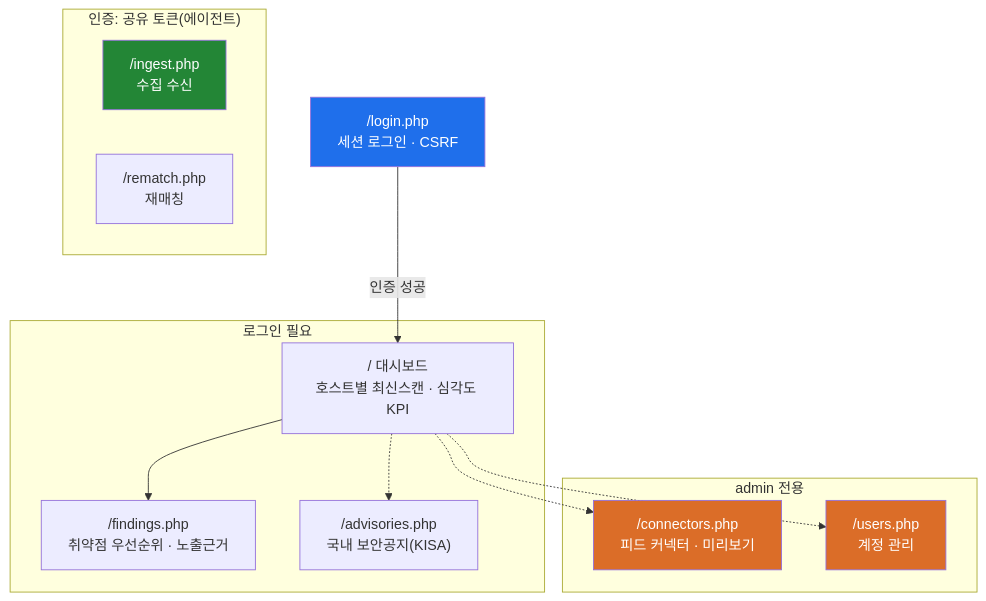
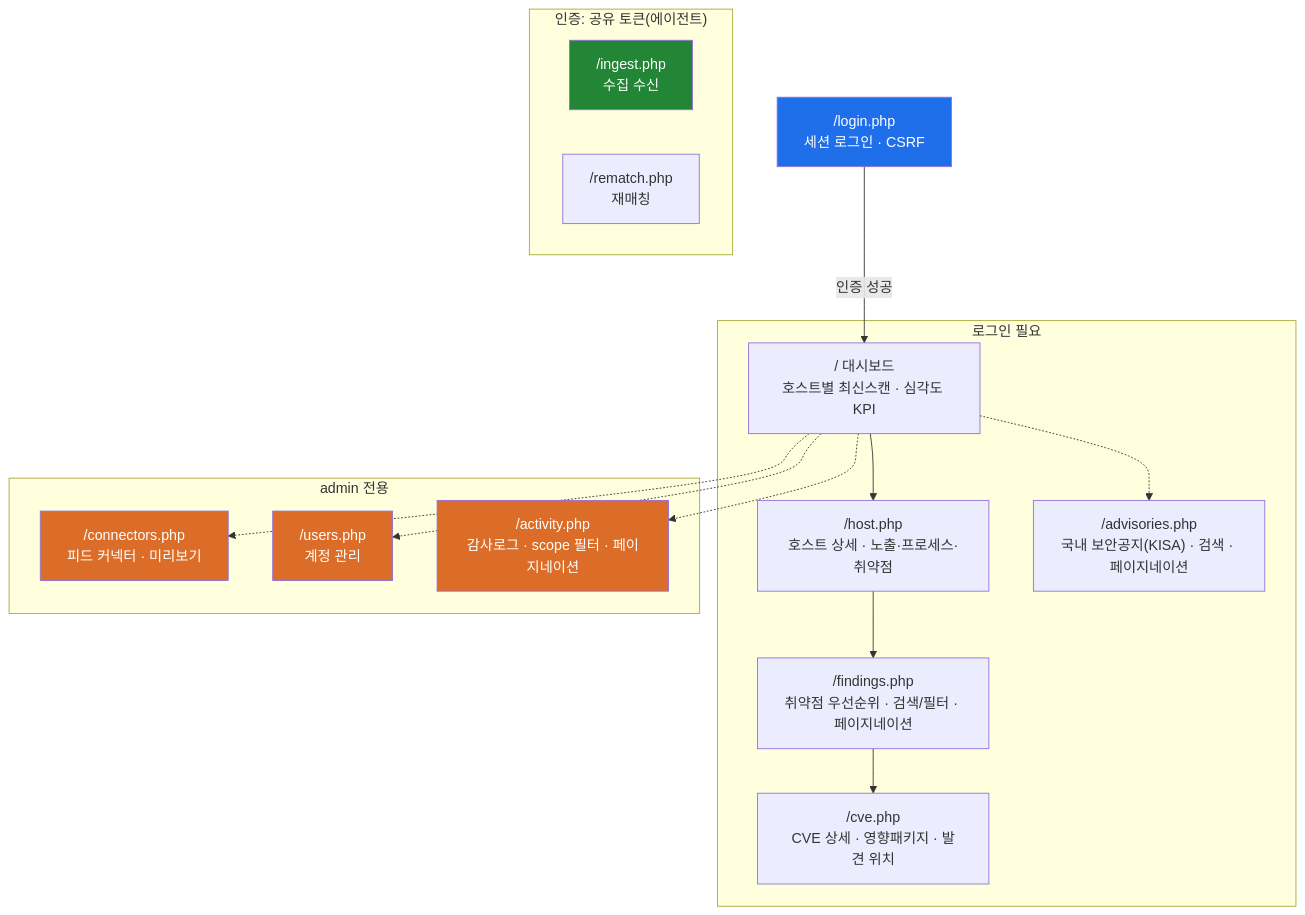
The sixth of 6 diagrams in docs/architecture.md (JeongDoWook/vuln-agent), drawn with Mermaid before and after one commit. The commit also changed other lines of this file and 3 other files, not shown here.

````diff
--- a/docs/architecture.md
+++ b/docs/architecture.md
@@ -281,30 +328,34 @@
 ```mermaid
 flowchart TD
     LOGIN["/login.php<br/>세션 로그인 · CSRF"]
     LOGIN -->|인증 성공| DASH
 
     subgraph Auth["로그인 필요"]
         DASH["/ 대시보드<br/>호스트별 최신스캔 · 심각도 KPI"]
-        FIND["/findings.php<br/>취약점 우선순위 · 노출근거"]
-        ADV["/advisories.php<br/>국내 보안공지(KISA)"]
+        HOST["/host.php<br/>호스트 상세 · 노출·프로세스·취약점"]
+        FIND["/findings.php<br/>취약점 우선순위 · 검색/필터 · 페이지네이션"]
+        CVE["/cve.php<br/>CVE 상세 · 영향패키지 · 발견 위치"]
+        ADV["/advisories.php<br/>국내 보안공지(KISA) · 검색 · 페이지네이션"]
     end
 
     subgraph AdminOnly["admin 전용"]
         CONN["/connectors.php<br/>피드 커넥터 · 미리보기"]
         USERS["/users.php<br/>계정 관리"]
+        ACT["/activity.php<br/>감사로그 · scope 필터 · 페이지네이션"]
     end
 
-    DASH --> FIND
+    DASH --> HOST --> FIND --> CVE
     DASH -.-> ADV
-    DASH -.-> CONN & USERS
+    DASH -.-> CONN & USERS & ACT
 
     subgraph API["인증: 공유 토큰(에이전트)"]
         ING["/ingest.php<br/>수집 수신"]
         REM["/rematch.php<br/>재매칭"]
     end
 
     style LOGIN fill:#1f6feb,color:#fff
     style CONN fill:#db6d28,color:#fff
     style USERS fill:#db6d28,color:#fff
+    style ACT fill:#db6d28,color:#fff
     style ING fill:#238636,color:#fff
 ```
````
